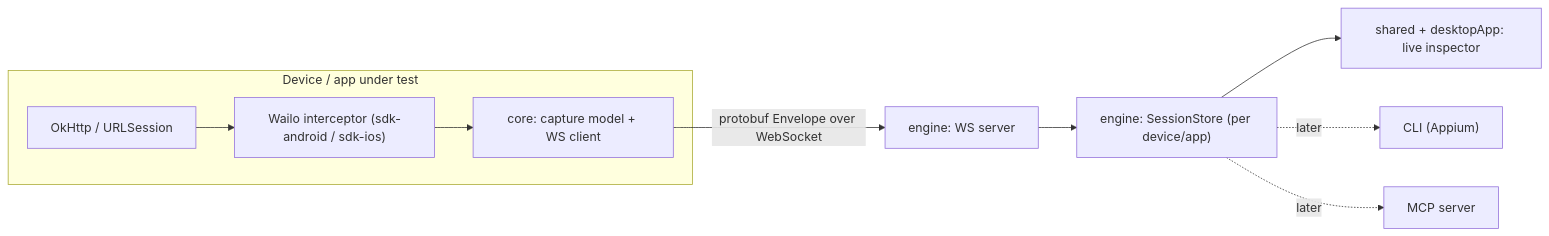
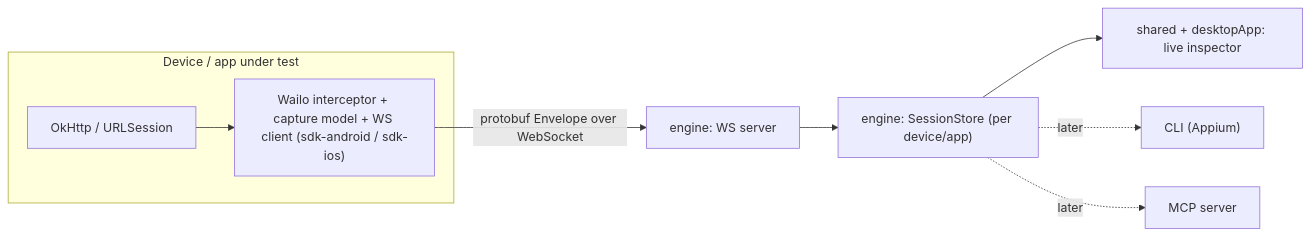
One commit to venbiasa/wailo changed the diagram in ARCHITECTURE.md. Above: the diagram before and after it, drawn with Mermaid. The commit also changed other lines of this file and 60 other files, not shown here.

Commit message:
feat: add interceptor to log URLSession feat: add swizzle to intercept URLSession refacfor: sample android feat: add sample kmp

````diff
--- a/ARCHITECTURE.md
+++ b/ARCHITECTURE.md
@@ -21,12 +21,11 @@
 ```mermaid
 flowchart LR
   subgraph device [Device / app under test]
-    ok[OkHttp / URLSession] --> intc["Wailo interceptor (sdk-android / sdk-ios)"]
-    intc --> core["core: capture model + WS client"]
+    ok[OkHttp / URLSession] --> intc["Wailo interceptor + capture model + WS client (sdk-android / sdk-ios)"]
   end
-  core -->|"protobuf Envelope over WebSocket"| server["engine: WS server"]
+  intc -->|"protobuf Envelope over WebSocket"| server["engine: WS server"]
   server --> store["engine: SessionStore (per device/app)"]
   store --> ui["shared + desktopApp: live inspector"]
   store -. later .-> cli["CLI (Appium)"]
   store -. later .-> mcp["MCP server"]
 ```
````
